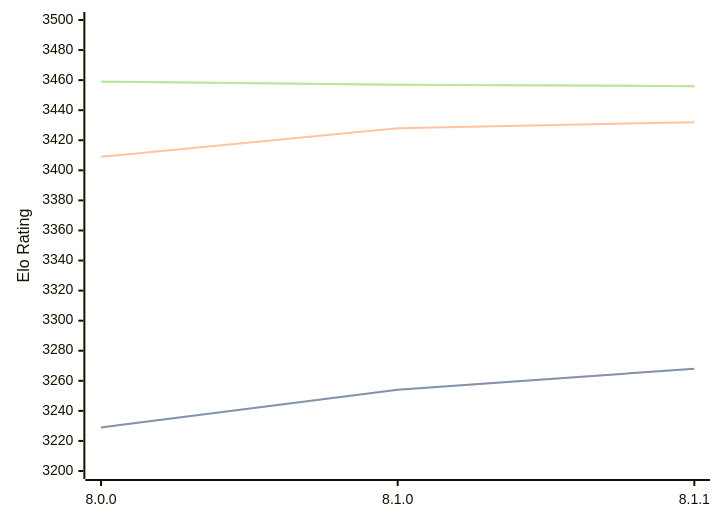
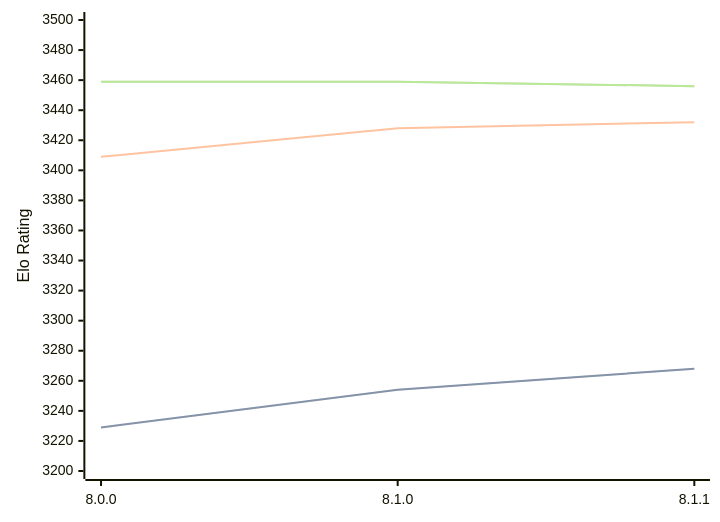
The diagram in engines/Velvet.md (computer-chess-index/cci), drawn with Mermaid before and after one commit. The commit also changed other lines of this file, not shown here.

Commit message:
Update CCI Ratings (ELO VLTC) - 2026-05-22

````diff
--- a/engines/Velvet.md
+++ b/engines/Velvet.md
@@ -57,11 +57,11 @@
 ```mermaid
 %%{init: {"theme":"base","themeVariables":{"seriesColors:['#a3a3a3','#222221','#faa371']}}}%%
 xychart-beta
   x-axis ["8.0.0", "8.1.0", "8.1.1"]
   y-axis "Elo Rating" 3200 --> 3500
   line "STC (8.0+0.08s)" [3229, 3254, 3268]
   line "STC (8.0+0.08s)" [3229, 3254, 3268]
   line "LTC (60.0+0.60s)" [3409, 3428, 3432]
-  line "VLTC (2m24s+1.12s)" [3459, 3457, 3456]
-  line "VLTC (2m24s+1.12s)" [3459, 3457, 3456]
+  line "VLTC (2m24s+1.12s)" [3459, 3459, 3456]
+  line "VLTC (2m24s+1.12s)" [3459, 3459, 3456]
 ```
````
